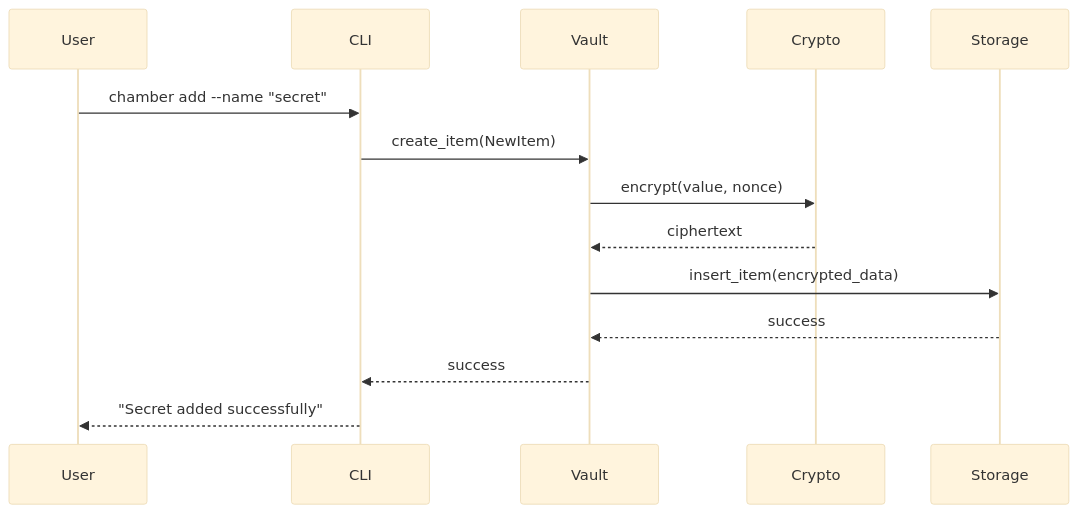
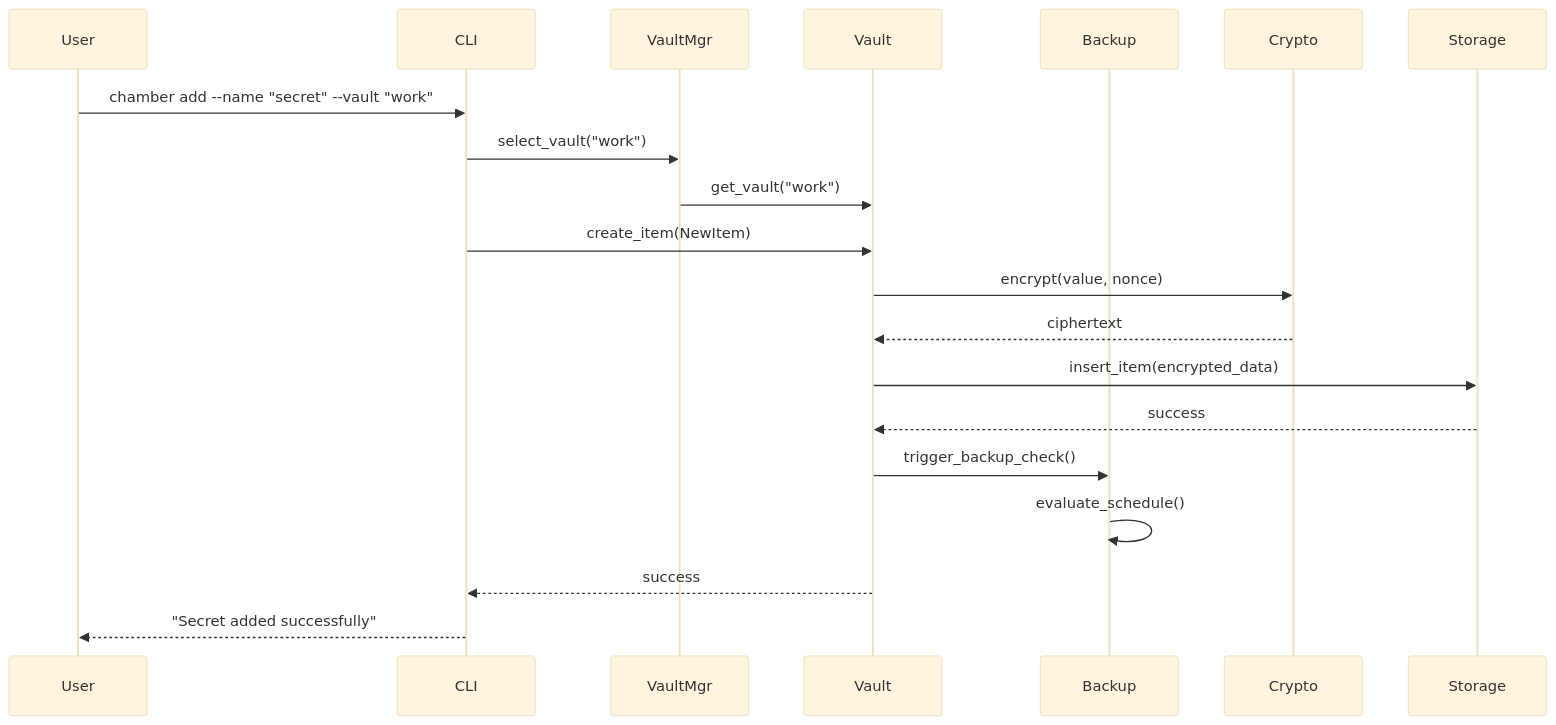
Before and after one commit to mikeleppane/chamber: the second of 5 diagrams in README.md, drawn with Mermaid (base theme). The commit also changed other lines of this file and 3 other files, not shown here.

````diff
--- a/README.md
+++ b/README.md
@@ -204,17 +250,23 @@
 ``` mermaid
 sequenceDiagram
     participant User
     participant CLI
+    participant VaultMgr
     participant Vault
+    participant Backup
     participant Crypto
     participant Storage
 
-    User->>CLI: chamber add --name "secret"
+    User->>CLI: chamber add --name "secret" --vault "work"
+    CLI->>VaultMgr: select_vault("work")
+    VaultMgr->>Vault: get_vault("work")
     CLI->>Vault: create_item(NewItem)
     Vault->>Crypto: encrypt(value, nonce)
     Crypto-->>Vault: ciphertext
     Vault->>Storage: insert_item(encrypted_data)
     Storage-->>Vault: success
+    Vault->>Backup: trigger_backup_check()
+    Backup->>Backup: evaluate_schedule()
     Vault-->>CLI: success
     CLI-->>User: "Secret added successfully"
 ```
````
